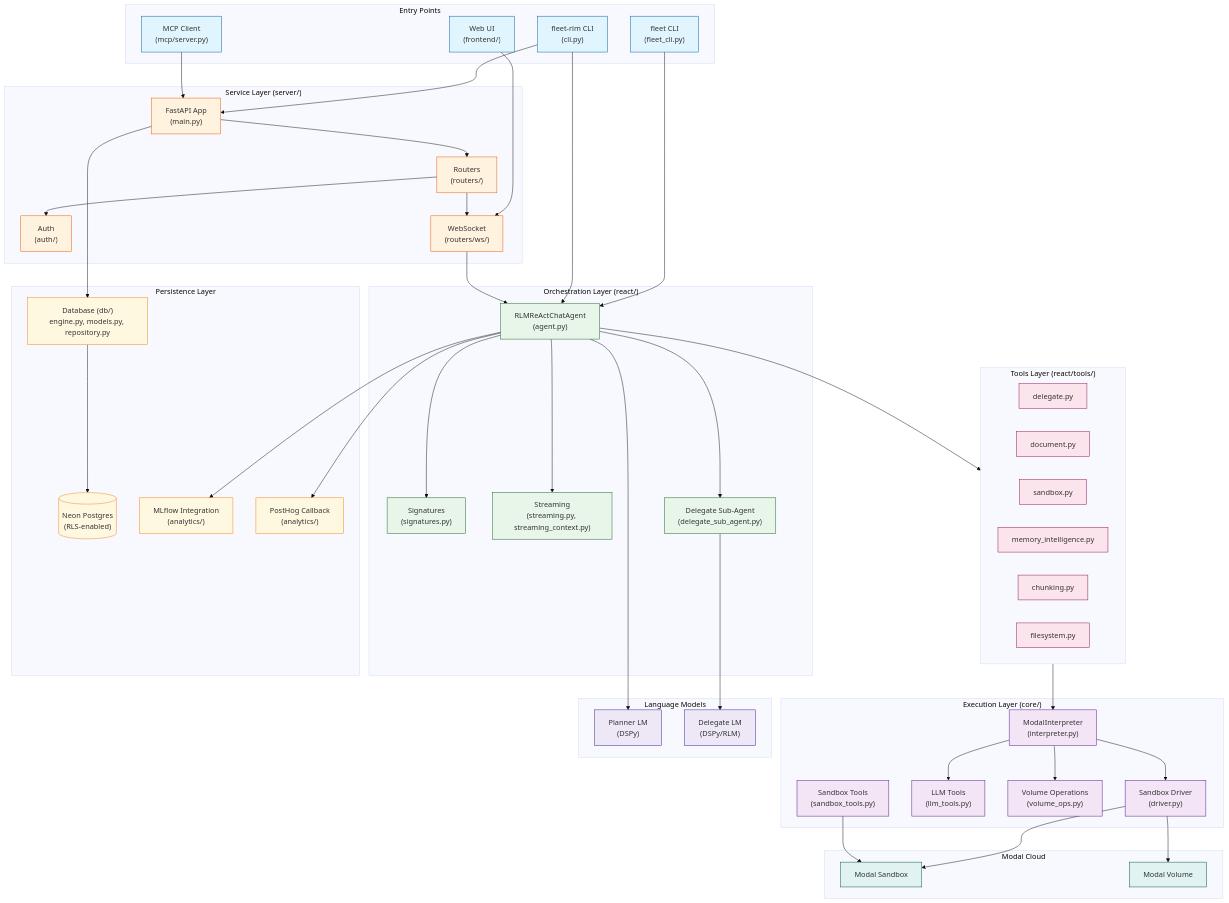
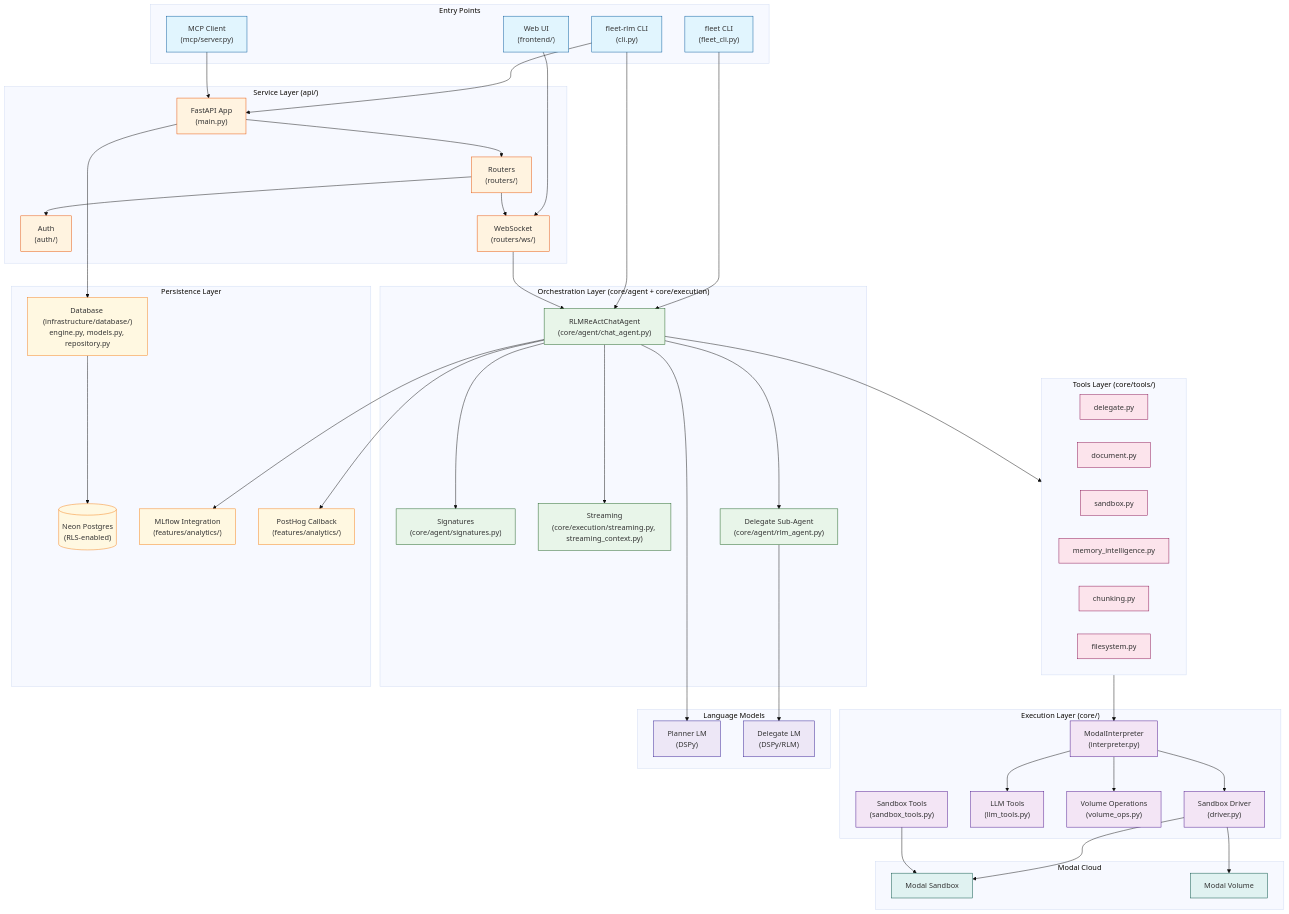
The first of 6 diagrams in docs/architecture.md (Qredence/fleet-rlm), drawn with Mermaid (base theme) before and after one commit. The commit also changed other lines of this file and 9 other files, not shown here.

First line of the commit message:
Refactor documentation for testing strategy, frontend architecture, backend integration, and Python API

```diff
--- a/docs/architecture.md
+++ b/docs/architecture.md
@@ -30,21 +30,21 @@
         MCP_CLIENT["MCP Client<br/>(mcp/server.py)"]
     end
 
-    subgraph SERVER["Service Layer (server/)"]
+    subgraph SERVER["Service Layer (api/)"]
         MAIN["FastAPI App<br/>(main.py)"]
         ROUTERS["Routers<br/>(routers/)"]
         AUTH["Auth<br/>(auth/)"]
         WS["WebSocket<br/>(routers/ws/)"]
     end
 
-    subgraph ORCHESTRATION["Orchestration Layer (react/)"]
-        AGENT["RLMReActChatAgent<br/>(agent.py)"]
-        SIGNATURES["Signatures<br/>(signatures.py)"]
-        STREAMING["Streaming<br/>(streaming.py, streaming_context.py)"]
-        DELEGATE["Delegate Sub-Agent<br/>(delegate_sub_agent.py)"]
+    subgraph ORCHESTRATION["Orchestration Layer (core/agent + core/execution)"]
+        AGENT["RLMReActChatAgent<br/>(core/agent/chat_agent.py)"]
+        SIGNATURES["Signatures<br/>(core/agent/signatures.py)"]
+        STREAMING["Streaming<br/>(core/execution/streaming.py, streaming_context.py)"]
+        DELEGATE["Delegate Sub-Agent<br/>(core/agent/rlm_agent.py)"]
     end
 
-    subgraph TOOLS["Tools Layer (react/tools/)"]
+    subgraph TOOLS["Tools Layer (core/tools/)"]
         TOOL_DELEGATE["delegate.py"]
         TOOL_DOCUMENT["document.py"]
         TOOL_SANDBOX["sandbox.py"]
@@ -67,10 +67,10 @@
     end
 
     subgraph PERSISTENCE["Persistence Layer"]
-        DB["Database (db/)<br/>engine.py, models.py, repository.py"]
+        DB["Database (infrastructure/database/)<br/>engine.py, models.py, repository.py"]
         NEON[("Neon Postgres<br/>(RLS-enabled)")]
-        MLFLOW["MLflow Integration<br/>(analytics/)"]
-        POSTHOG["PostHog Callback<br/>(analytics/)"]
+        MLFLOW["MLflow Integration<br/>(features/analytics/)"]
+        POSTHOG["PostHog Callback<br/>(features/analytics/)"]
     end
 
     subgraph LLM["Language Models"]
```
